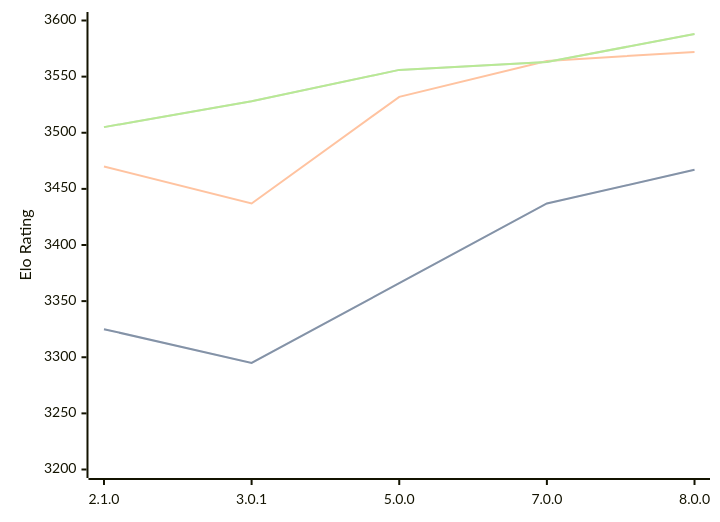
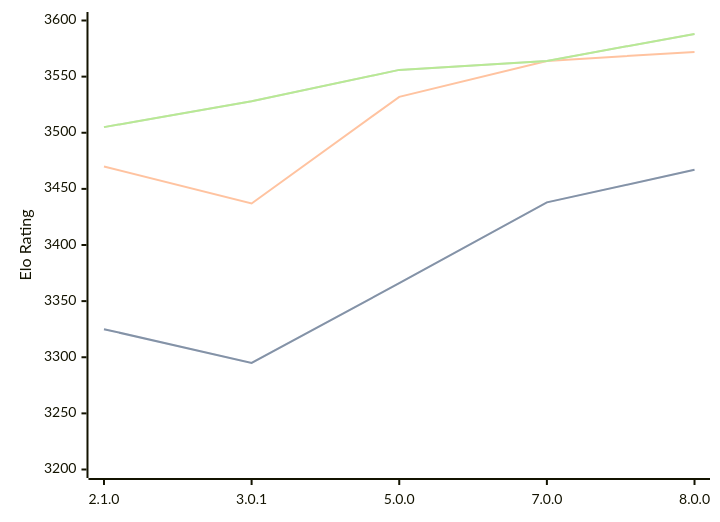
Before and after one commit to computer-chess-index/cci: the diagram in engines/PlentyChess.md, drawn with Mermaid. The commit also changed other lines of this file, not shown here.

Commit message:
Update CCI Ratings (ELO VLTC) - 2026-08-30

````diff
--- a/engines/PlentyChess.md
+++ b/engines/PlentyChess.md
@@ -37,11 +37,11 @@
 ```mermaid
 %%{init: {"theme":"base","themeVariables":{"seriesColors:['#a3a3a3','#222221','#faa371']}}}%%
 xychart-beta
   x-axis ["2.1.0", "3.0.1", "5.0.0", "7.0.0", "8.0.0"]
   y-axis "Elo Rating" 3200 --> 3600
-  line "" [3325, 3295, 3366, 3437, 3467]
-  line "STC (8.0+0.08s)" [3325, 3295, 3366, 3437, 3467]
+  line "" [3325, 3295, 3366, 3438, 3467]
+  line "STC (8.0+0.08s)" [3325, 3295, 3366, 3438, 3467]
   line "LTC (60.0+0.60s)" [3470, 3437, 3532, 3564, 3572]
-  line "" [3505, 3528, 3556, 3563, 3588]
-  line "VLTC (2m24s+1.12s)" [3505, 3528, 3556, 3563, 3588]
+  line "" [3505, 3528, 3556, 3564, 3588]
+  line "VLTC (2m24s+1.12s)" [3505, 3528, 3556, 3564, 3588]
 ```
````
